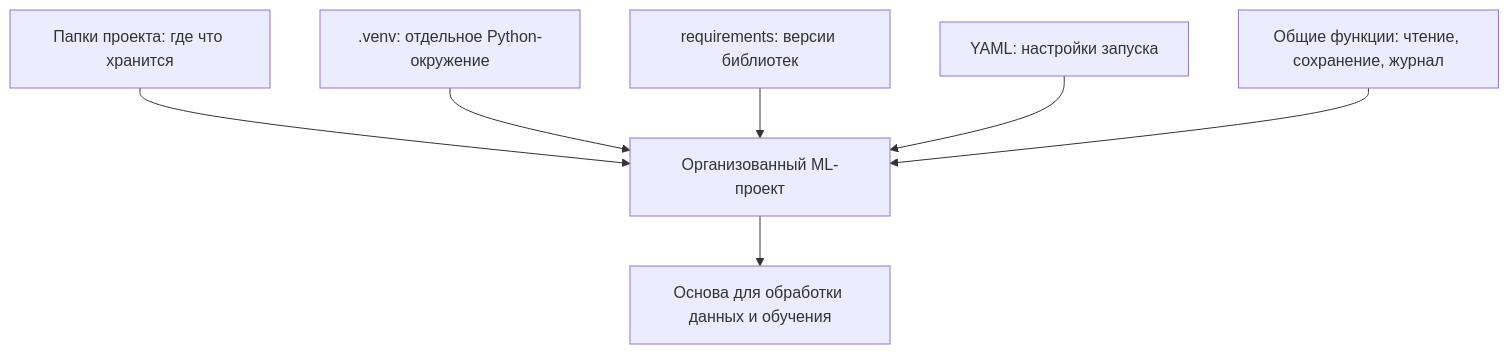
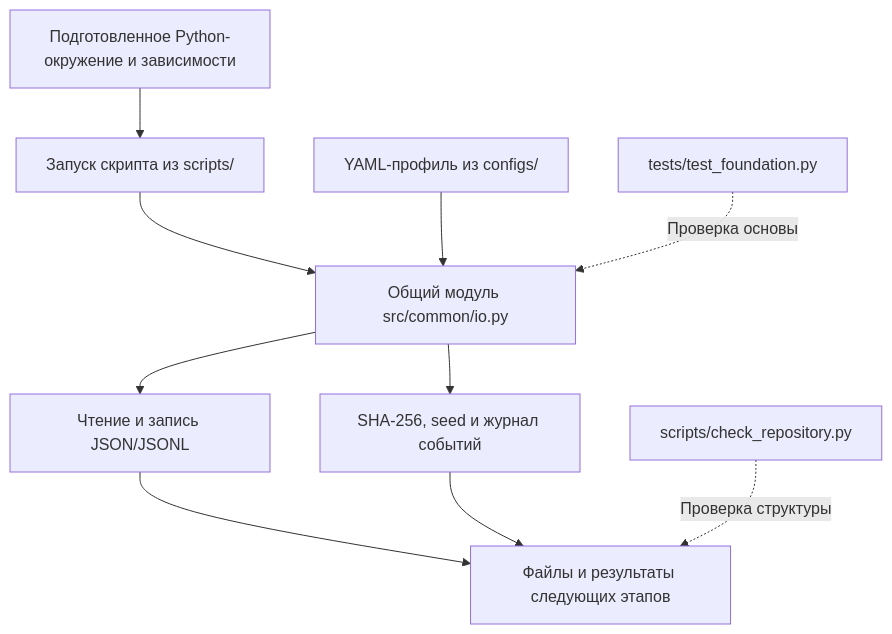
One commit to trasher88/ml-engineering-lab changed the diagram in docs/steps/F1_01_project_foundation.md. Above: the diagram before and after it, drawn with Mermaid. The commit also changed other lines of this file and 8 other files, not shown here.

````diff
--- a/docs/steps/F1_01_project_foundation.md
+++ b/docs/steps/F1_01_project_foundation.md
@@ -29,9 +115,12 @@
 ```mermaid
 flowchart TD
-    A["Папки проекта: где что хранится"] --> F["Организованный ML-проект"]
-    B[".venv: отдельное Python-окружение"] --> F
-    C["requirements: версии библиотек"] --> F
-    D["YAML: настройки запуска"] --> F
-    E["Общие функции: чтение, сохранение, журнал"] --> F
-    F --> G["Основа для обработки данных и обучения"]
+    A["Запуск скрипта из scripts/"] --> B["Общий модуль src/common/io.py"]
+    C["YAML-профиль из configs/"] --> B
+    D["Подготовленное Python-окружение и зависимости"] --> A
+    B --> E["Чтение и запись JSON/JSONL"]
+    B --> F["SHA-256, seed и журнал событий"]
+    E --> G["Файлы и результаты следующих этапов"]
+    F --> G
+    H["tests/test_foundation.py"] -. "Проверка основы" .-> B
+    I["scripts/check_repository.py"] -. "Проверка структуры" .-> G
 ```
````
